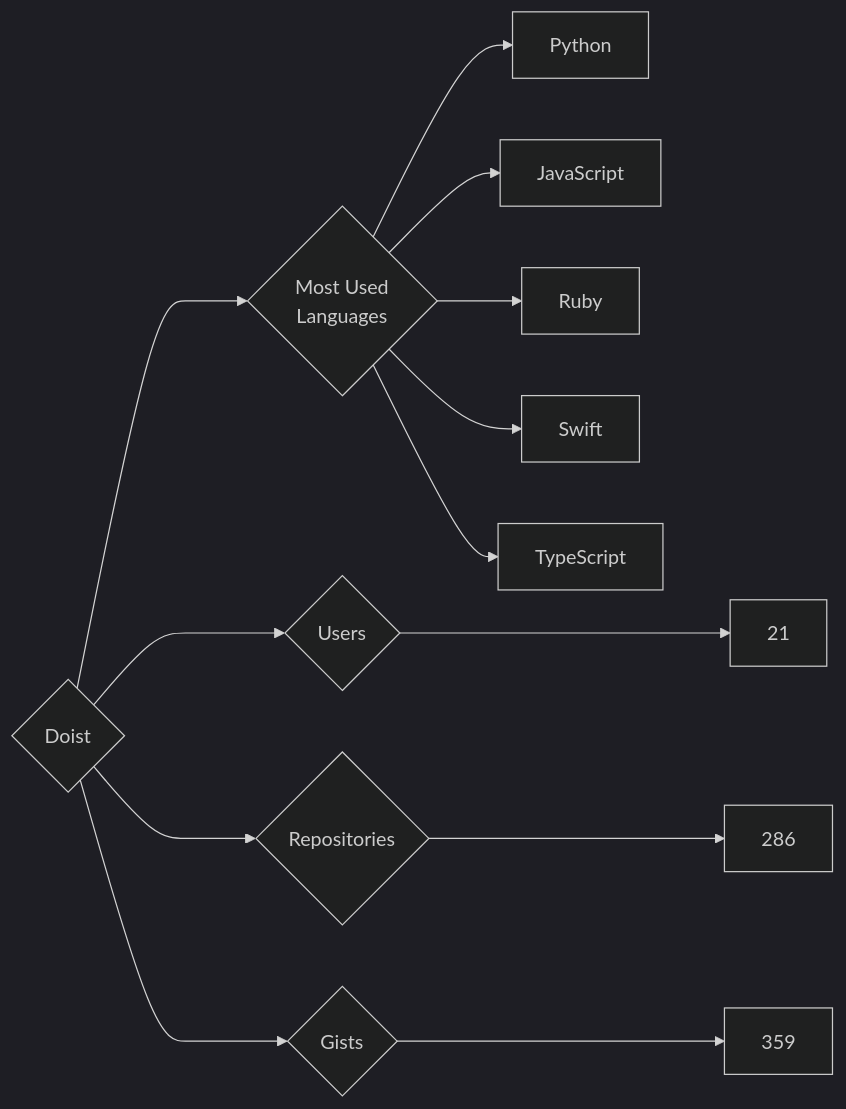
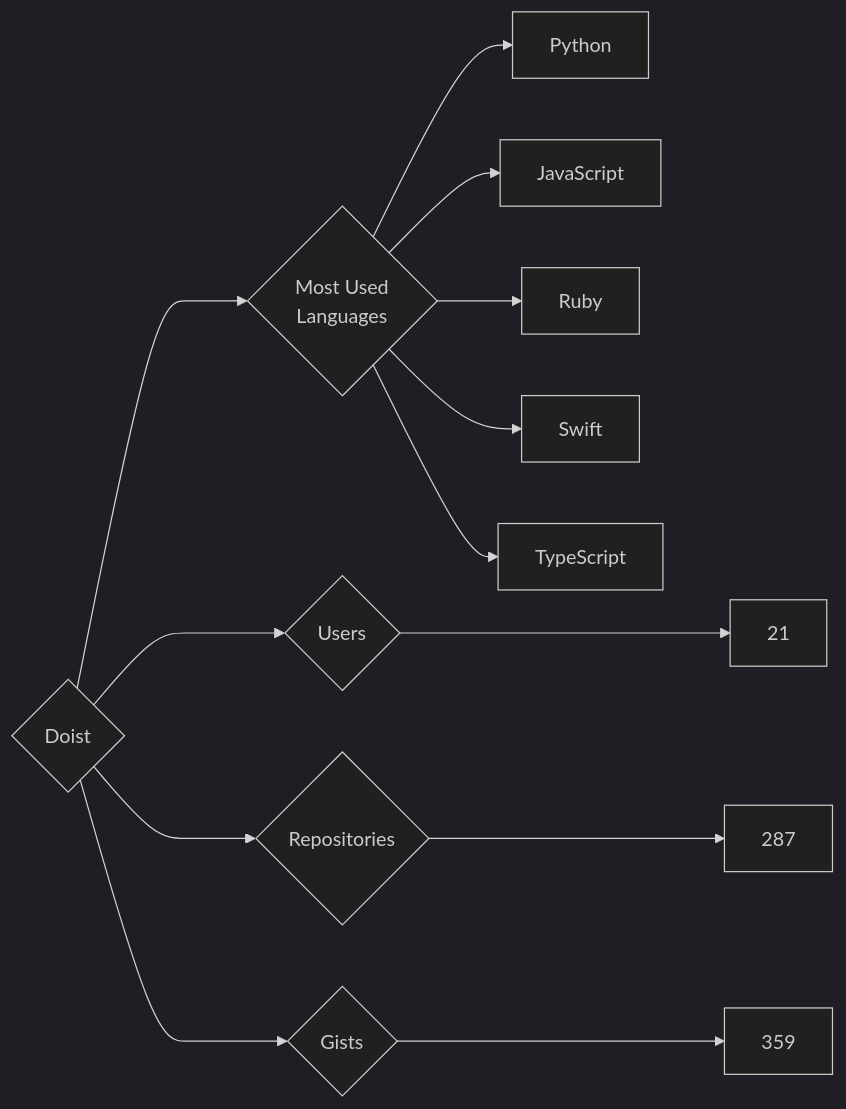
The diagram in targets/Doist/README.md (trickest/insiders), drawn with Mermaid (dark theme) before and after one commit. The commit also changed 935 other files, not shown here.

````diff
--- a/targets/Doist/README.md
+++ b/targets/Doist/README.md
@@ -3,13 +3,13 @@
 ```mermaid
 graph LR
 COMPANY_NAME{Doist}
 COMPANY_NAME ---> U{Users} ---> UN[21]
-COMPANY_NAME ---> R{Repositories} ---> RN[286]
+COMPANY_NAME ---> R{Repositories} ---> RN[287]
 COMPANY_NAME ---> G{Gists} ---> GN[359]
 COMPANY_NAME ---> ML{Most Used<br>Languages}
 ML --> Python[Python]
 ML --> JavaScript[JavaScript]
 ML --> Ruby[Ruby]
 ML --> Swift[Swift]
 ML --> TypeScript[TypeScript]
 ```
````
